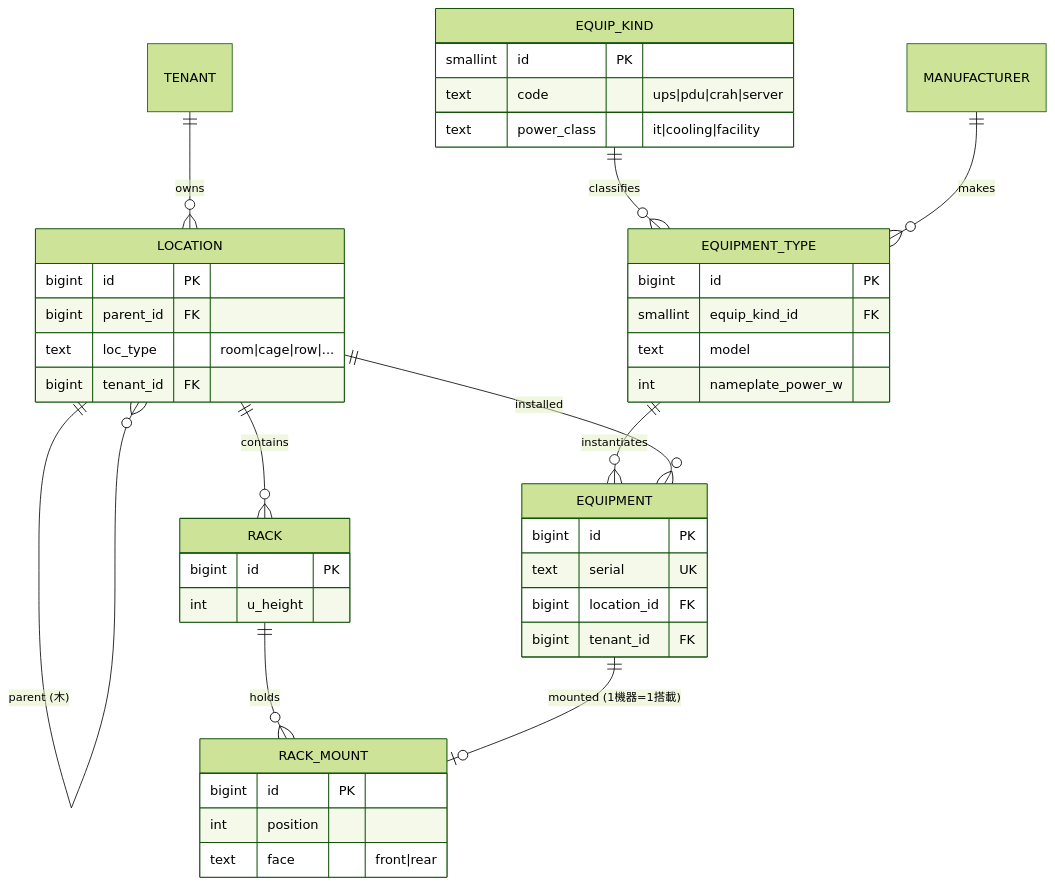
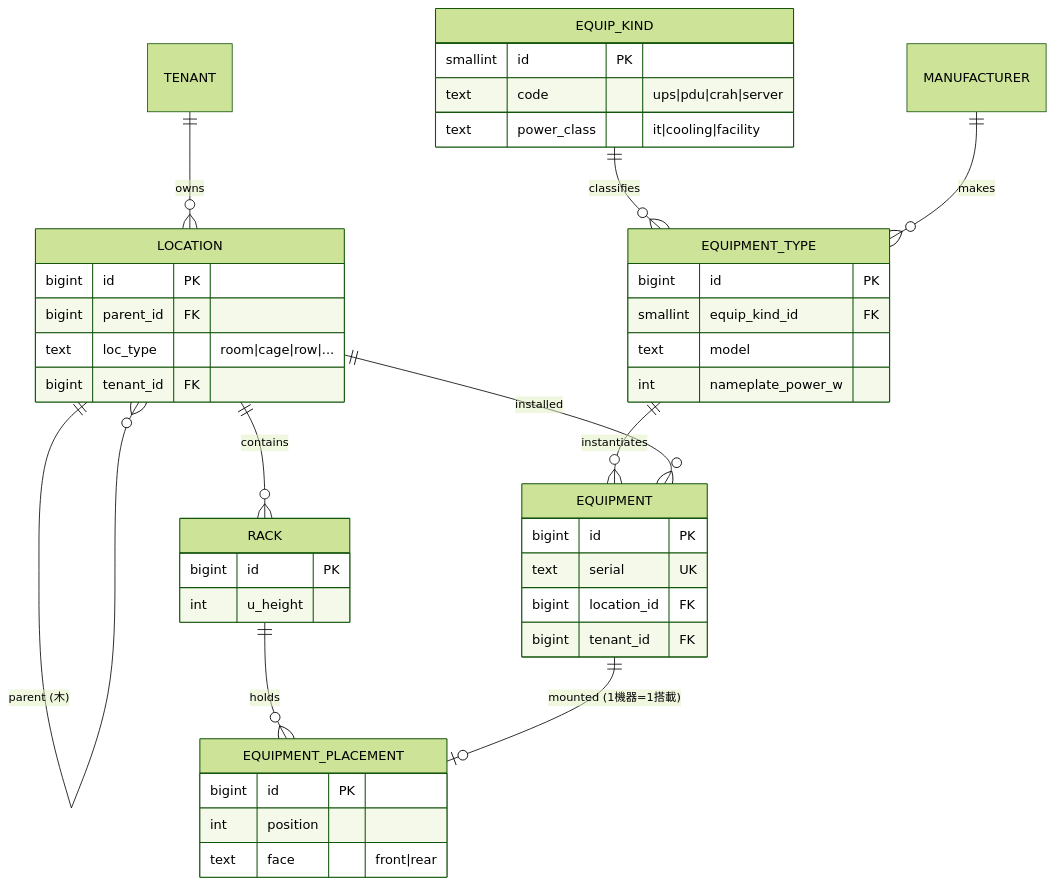
One commit to hn-11/dcim-schema-design changed the second of 5 diagrams in 00-overview.md. Above: the diagram before and after it, drawn with Mermaid (forest theme). The commit also changed other lines of this file and 3 other files, not shown here.

First line of the commit message:
feat(schema): 配置を Type-2 SCD 化 + series の追跡保証ルール

````diff
--- a/00-overview.md
+++ b/00-overview.md
@@ -87,45 +87,45 @@
 ```mermaid
 erDiagram
     TENANT ||--o{ LOCATION : owns
     LOCATION ||--o{ LOCATION : "parent (木)"
     LOCATION ||--o{ RACK : contains
-    RACK ||--o{ RACK_MOUNT : holds
-    EQUIPMENT ||--o| RACK_MOUNT : "mounted (1機器=1搭載)"
+    RACK ||--o{ EQUIPMENT_PLACEMENT : holds
+    EQUIPMENT ||--o| EQUIPMENT_PLACEMENT : "mounted (1機器=1搭載)"
     EQUIP_KIND ||--o{ EQUIPMENT_TYPE : classifies
     MANUFACTURER ||--o{ EQUIPMENT_TYPE : makes
     EQUIPMENT_TYPE ||--o{ EQUIPMENT : instantiates
     LOCATION ||--o{ EQUIPMENT : "installed"
 
     LOCATION {
         bigint id PK
         bigint parent_id FK
         text loc_type "room|cage|row|..."
         bigint tenant_id FK
     }
     RACK {
         bigint id PK
         int u_height
     }
-    RACK_MOUNT {
+    EQUIPMENT_PLACEMENT {
         bigint id PK
         int position
         text face "front|rear"
     }
     EQUIP_KIND {
         smallint id PK
         text code "ups|pdu|crah|server"
         text power_class "it|cooling|facility"
     }
     EQUIPMENT_TYPE {
         bigint id PK
         smallint equip_kind_id FK
         text model
         int nameplate_power_w
     }
     EQUIPMENT {
         bigint id PK
         text serial UK
         bigint location_id FK
         bigint tenant_id FK
     }
 ```
````
